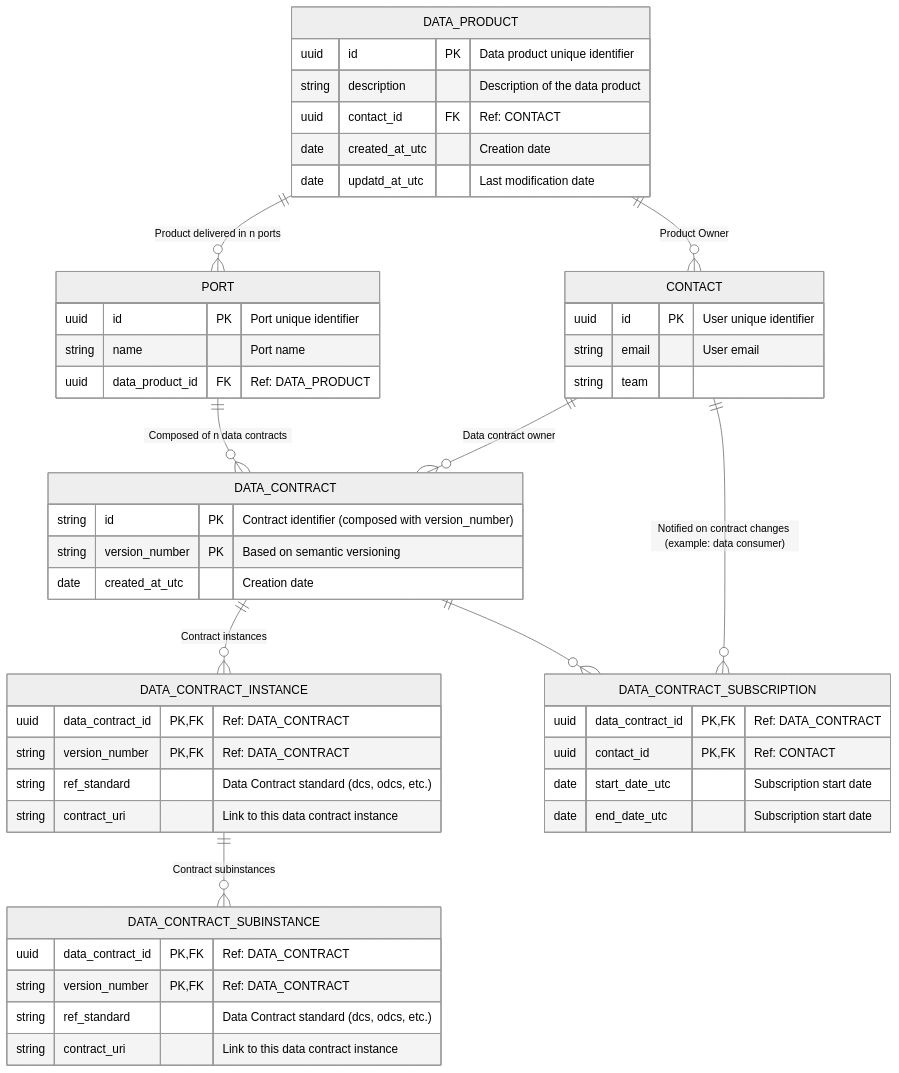
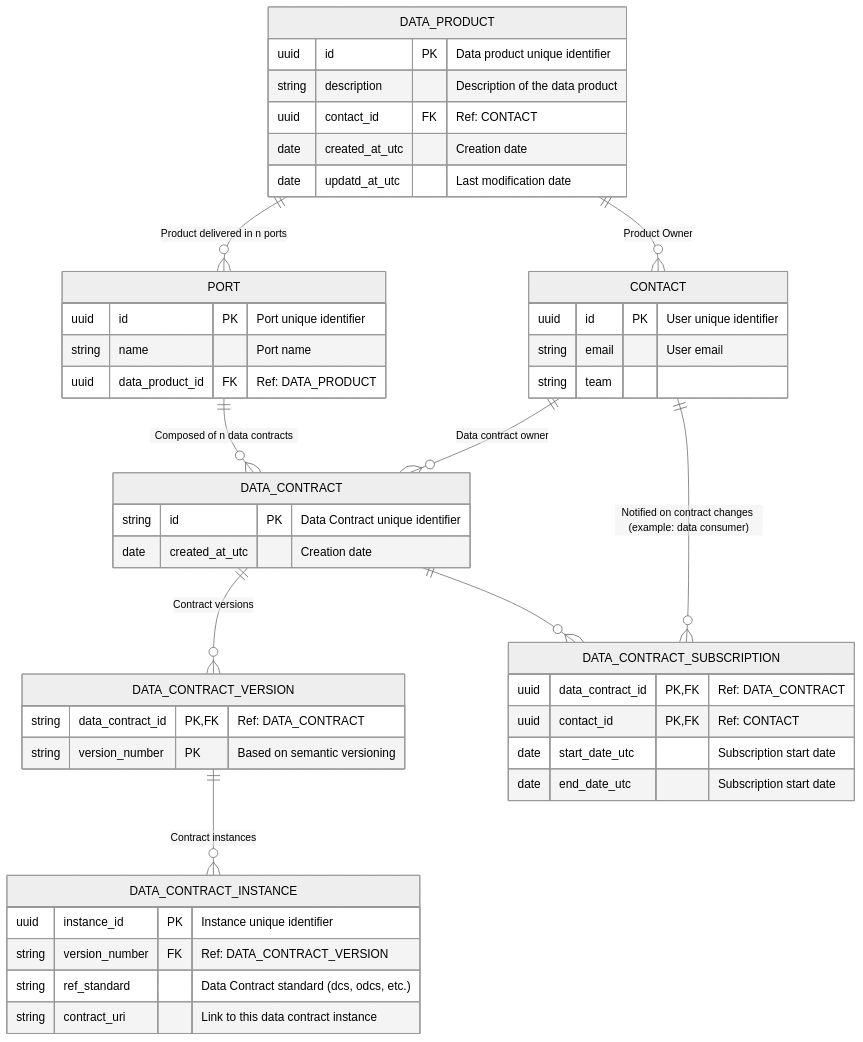
Before and after one commit to monmaya/base-impl: the diagram in docs/relational_model.md, drawn with Mermaid (neutral theme).

````diff
--- a/docs/relational_model.md
+++ b/docs/relational_model.md
@@ -5,62 +5,59 @@
 ```mermaid
 
 erDiagram
 
     DATA_PRODUCT {
         uuid id PK "Data product unique identifier"
         string description "Description of the data product"
         uuid contact_id FK "Ref: CONTACT"
         date created_at_utc "Creation date"
         date updatd_at_utc "Last modification date"
     }
 
     PORT {
         uuid id PK "Port unique identifier"
         string name "Port name"
         uuid data_product_id FK "Ref: DATA_PRODUCT"
     }
 
     DATA_CONTRACT {
-        string id PK "Contract identifier (composed with version_number)"
-        string version_number PK "Based on semantic versioning"
+        string id PK "Data Contract unique identifier"
         date created_at_utc "Creation date"
     }
 
-    DATA_CONTRACT_INSTANCE {
-        uuid data_contract_id PK, FK "Ref: DATA_CONTRACT"
-        string version_number PK, FK "Ref: DATA_CONTRACT"
-        string ref_standard "Data Contract standard (dcs, odcs, etc.)"
-        string contract_uri "Link to this data contract instance"
+    DATA_CONTRACT_VERSION {
+        string data_contract_id PK, FK "Ref: DATA_CONTRACT"
+        string version_number PK "Based on semantic versioning"
     }
 
-    DATA_CONTRACT_SUBINSTANCE {
-        uuid data_contract_id PK, FK "Ref: DATA_CONTRACT"
-        string version_number PK, FK "Ref: DATA_CONTRACT"
+    DATA_CONTRACT_INSTANCE {
+        uuid instance_id PK "Instance unique identifier"
+        string version_number FK "Ref: DATA_CONTRACT_VERSION"
         string ref_standard "Data Contract standard (dcs, odcs, etc.)"
         string contract_uri "Link to this data contract instance"
     }
     
     DATA_CONTRACT_SUBSCRIPTION {
         uuid data_contract_id PK, FK "Ref: DATA_CONTRACT"
         uuid contact_id PK, FK "Ref: CONTACT"
         date start_date_utc "Subscription start date"
         date end_date_utc "Subscription start date"
     }
 
     CONTACT {
         uuid id PK "User unique identifier"
         string email "User email"
         string team
     }
 
     DATA_PRODUCT ||--o{ PORT : "Product delivered in n ports"
     DATA_PRODUCT ||--o{ CONTACT : "Product Owner"
     PORT ||--o{ DATA_CONTRACT : "Composed of n data contracts"
     CONTACT ||--o{ DATA_CONTRACT : "Data contract owner"
-    DATA_CONTRACT ||--o{ DATA_CONTRACT_INSTANCE : "Contract instances"
-    DATA_CONTRACT_INSTANCE ||--o{ DATA_CONTRACT_SUBINSTANCE : "Contract subinstances"
+    DATA_CONTRACT ||--o{ DATA_CONTRACT_VERSION : "Contract versions"
+    DATA_CONTRACT_VERSION ||--o{ DATA_CONTRACT_INSTANCE : "Contract instances"
     DATA_CONTRACT ||--o{ DATA_CONTRACT_SUBSCRIPTION : ""
     CONTACT ||--o{ DATA_CONTRACT_SUBSCRIPTION : "Notified on contract changes (example: data consumer)"
 
 
   ```
````
